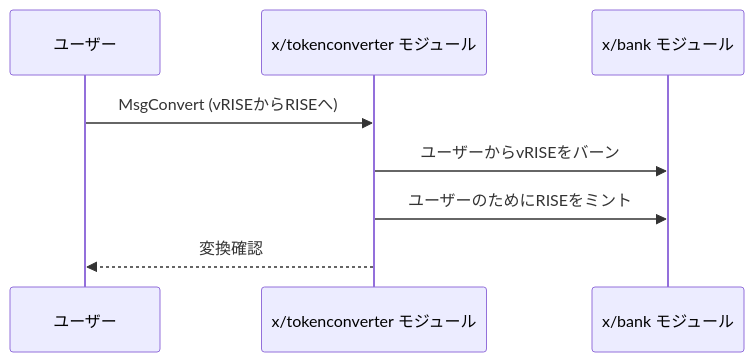
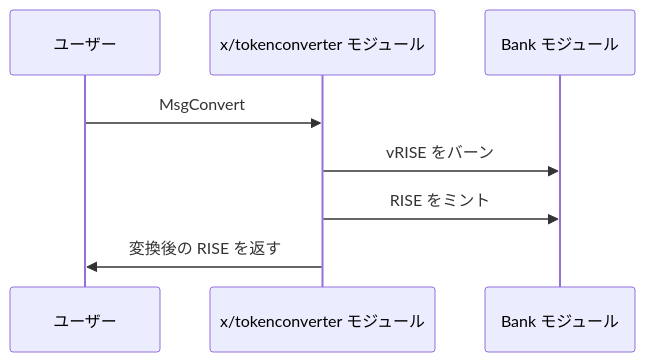
Before and after one commit to sunriselayer/sunrise-docs-ja: the diagram in src/content/docs/learn/sunrise/token-converter.md, drawn with Mermaid. The commit also changed other lines of this file and 26 other files, not shown here.

````diff
--- a/src/content/docs/learn/sunrise/token-converter.md
+++ b/src/content/docs/learn/sunrise/token-converter.md
@@ -29,11 +37,11 @@
 ```mermaid
 sequenceDiagram
     participant User as ユーザー
-    participant TokenConverterModule as x/tokenconverter モジュール
-    participant BankModule as x/bank モジュール
+    participant TokenConverter as x/tokenconverter モジュール
+    participant BankKeeper as Bank モジュール
 
-    User->>TokenConverterModule: MsgConvert (vRISEからRISEへ)
-    TokenConverterModule->>BankModule: ユーザーからvRISEをバーン
-    TokenConverterModule->>BankModule: ユーザーのためにRISEをミント
-    TokenConverterModule-->>User: 変換確認
+    User->>TokenConverter: MsgConvert
+    TokenConverter->>BankKeeper: vRISE をバーン
+    TokenConverter->>BankKeeper: RISE をミント
+    TokenConverter->>User: 変換後の RISE を返す
 ```
````
